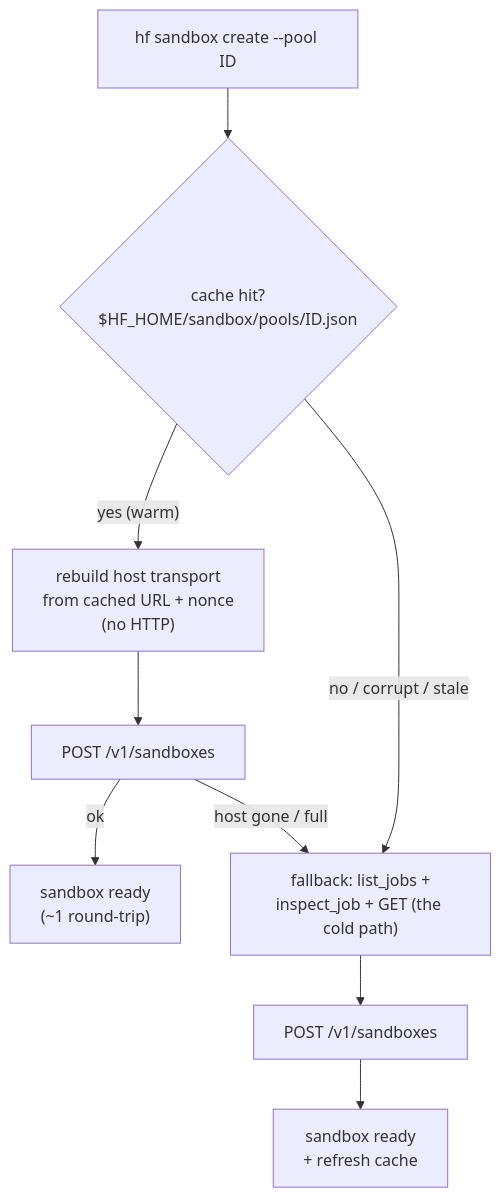
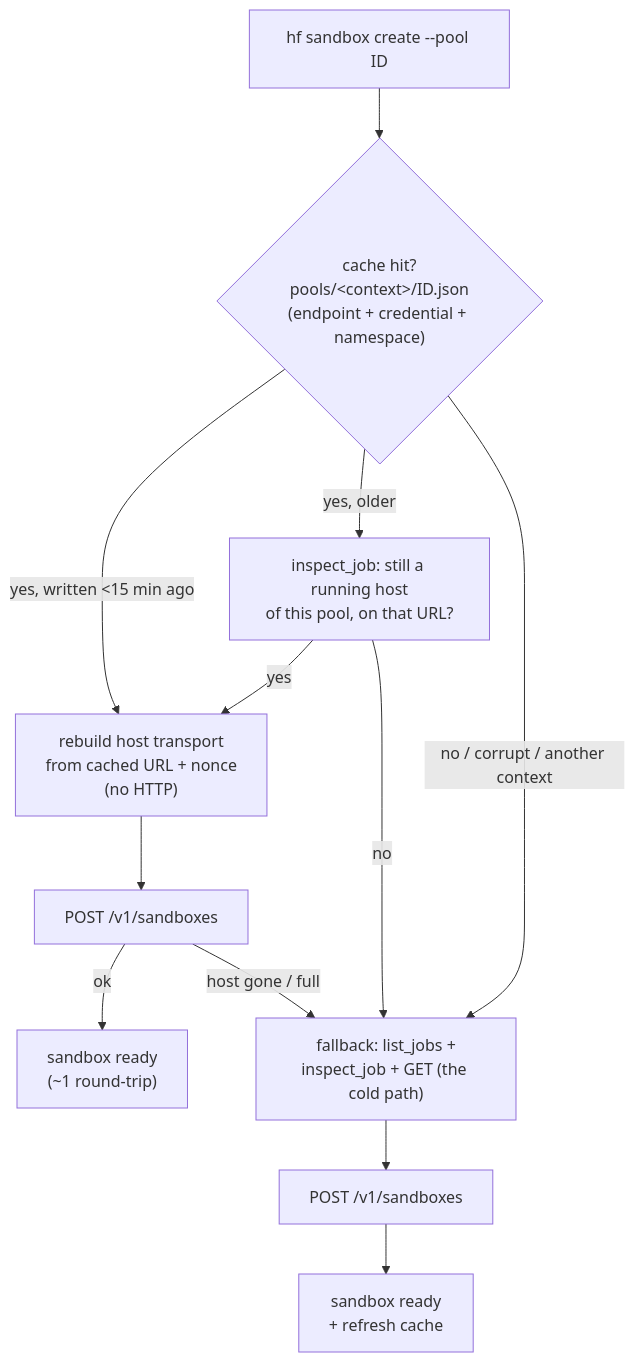
Before and after one commit to huggingface/huggingface_hub: the fourth of 4 diagrams in docs/source/en/concepts/sandbox.md, drawn with Mermaid. The commit also changed other lines of this file and 3 other files, not shown here.

````diff
--- a/docs/source/en/concepts/sandbox.md
+++ b/docs/source/en/concepts/sandbox.md
@@ -195,10 +197,13 @@
 ```mermaid
 flowchart TD
-    start["hf sandbox create --pool ID"] --> rc{"cache hit?<br/>$HF_HOME/sandbox/pools/ID.json"}
-    rc -- "yes (warm)" --> seed["rebuild host transport<br/>from cached URL + nonce<br/>(no HTTP)"]
+    start["hf sandbox create --pool ID"] --> rc{"cache hit?<br/>pools/&lt;context&gt;/ID.json<br/>(endpoint + credential + namespace)"}
+    rc -- "yes, written &lt;15 min ago" --> seed["rebuild host transport<br/>from cached URL + nonce<br/>(no HTTP)"]
+    rc -- "yes, older" --> check["inspect_job: still a running host<br/>of this pool, on that URL?"]
+    check -- "yes" --> seed
+    check -- "no" --> slow
     seed --> post["POST /v1/sandboxes"]
     post -- "ok" --> done["sandbox ready<br/>(~1 round-trip)"]
     post -- "host gone / full" --> slow
-    rc -- "no / corrupt / stale" --> slow["fallback: list_jobs +<br/>inspect_job + GET (the cold path)"]
+    rc -- "no / corrupt / another context" --> slow["fallback: list_jobs +<br/>inspect_job + GET (the cold path)"]
     slow --> post2["POST /v1/sandboxes"] --> done2["sandbox ready<br/>+ refresh cache"]
 ```
````
